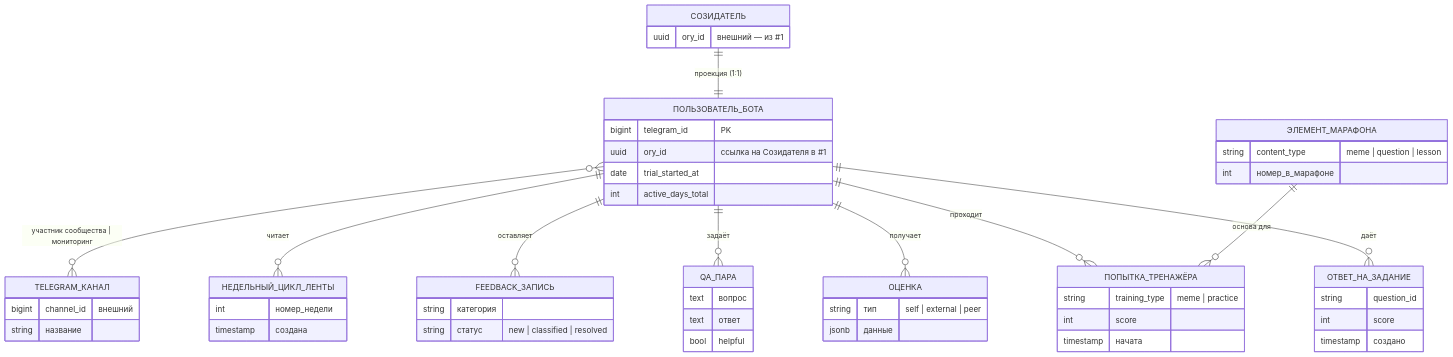
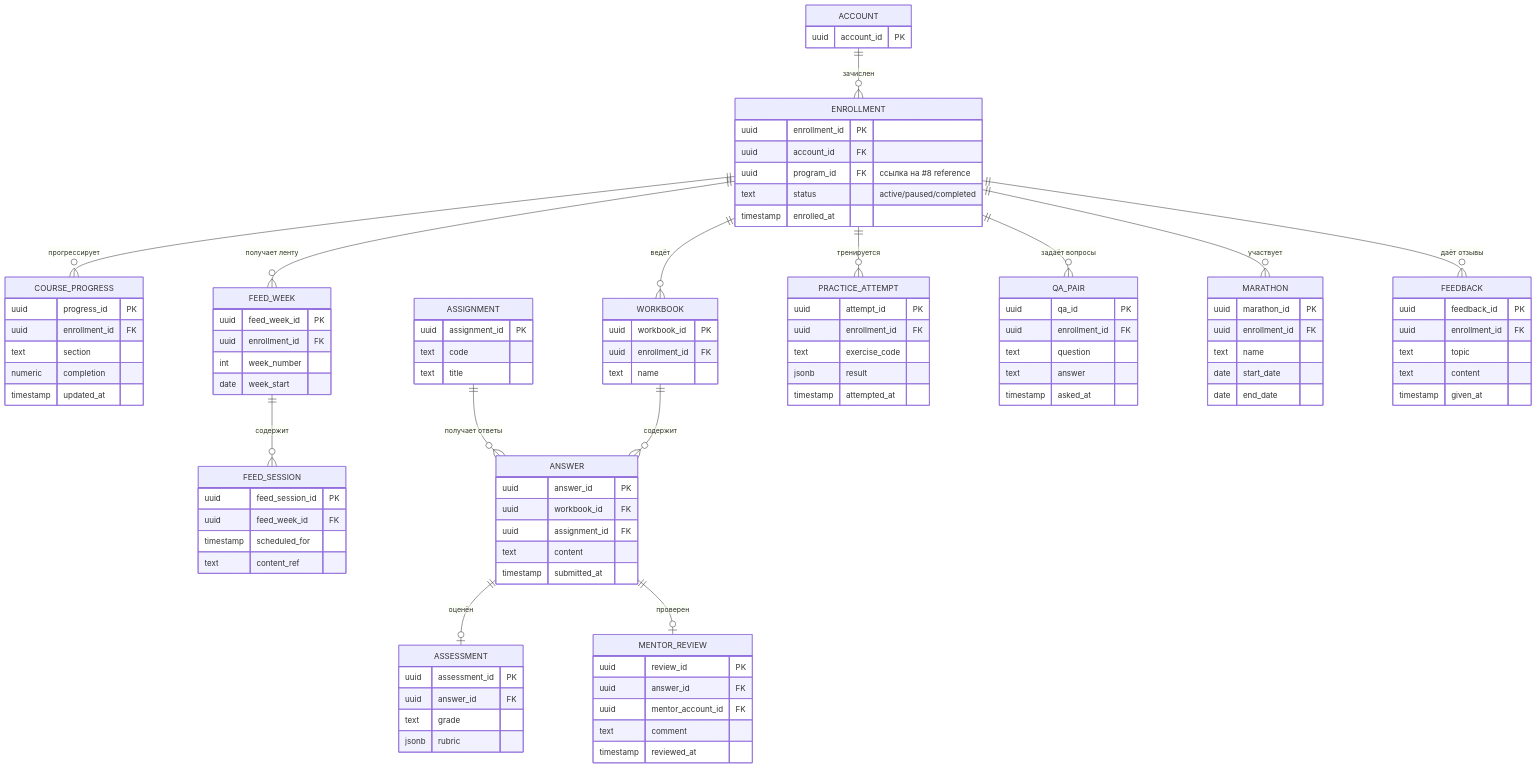
Before and after one commit to TserenTserenov/PACK-digital-platform: the seventh of 17 diagrams in pack/digital-platform/02-domain-entities/DP.ARCH.004-neon-data-architecture.md, drawn with Mermaid. The commit also changed other lines of this file and 29 other files, not shown here.

````diff
--- a/pack/digital-platform/02-domain-entities/DP.ARCH.004-neon-data-architecture.md
+++ b/pack/digital-platform/02-domain-entities/DP.ARCH.004-neon-data-architecture.md
@@ -604,57 +614,104 @@
 ```mermaid
 erDiagram
-    СОЗИДАТЕЛЬ ||--|| ПОЛЬЗОВАТЕЛЬ_БОТА : "проекция (1:1)"
-    ПОЛЬЗОВАТЕЛЬ_БОТА ||--o{ ОТВЕТ_НА_ЗАДАНИЕ : "даёт"
-    ПОЛЬЗОВАТЕЛЬ_БОТА ||--o{ ОЦЕНКА : "получает"
-    ПОЛЬЗОВАТЕЛЬ_БОТА ||--o{ ПОПЫТКА_ТРЕНАЖЁРА : "проходит"
-    ПОЛЬЗОВАТЕЛЬ_БОТА ||--o{ QA_ПАРА : "задаёт"
-    ПОЛЬЗОВАТЕЛЬ_БОТА ||--o{ FEEDBACK_ЗАПИСЬ : "оставляет"
-    ПОЛЬЗОВАТЕЛЬ_БОТА ||--o{ НЕДЕЛЬНЫЙ_ЦИКЛ_ЛЕНТЫ : "читает"
-    ПОЛЬЗОВАТЕЛЬ_БОТА }o--o{ TELEGRAM_КАНАЛ : "участник сообщества | мониторинг"
-    ЭЛЕМЕНТ_МАРАФОНА ||--o{ ПОПЫТКА_ТРЕНАЖЁРА : "основа для"
+    ACCOUNT ||--o{ ENROLLMENT : "зачислен"
+    ENROLLMENT ||--o{ COURSE_PROGRESS : "прогрессирует"
+    ENROLLMENT ||--o{ FEED_WEEK : "получает ленту"
+    FEED_WEEK ||--o{ FEED_SESSION : "содержит"
+    ENROLLMENT ||--o{ WORKBOOK : "ведёт"
+    ASSIGNMENT ||--o{ ANSWER : "получает ответы"
+    WORKBOOK ||--o{ ANSWER : "содержит"
+    ANSWER ||--o| ASSESSMENT : "оценён"
+    ANSWER ||--o| MENTOR_REVIEW : "проверен"
+    ENROLLMENT ||--o{ PRACTICE_ATTEMPT : "тренируется"
+    ENROLLMENT ||--o{ QA_PAIR : "задаёт вопросы"
+    ENROLLMENT ||--o{ MARATHON : "участвует"
+    ENROLLMENT ||--o{ FEEDBACK : "даёт отзывы"
 
-    ПОЛЬЗОВАТЕЛЬ_БОТА {
-        bigint telegram_id "PK"
-        uuid ory_id "ссылка на Созидателя в #1"
-        date trial_started_at
-        int active_days_total
+    ENROLLMENT {
+        uuid enrollment_id PK
+        uuid account_id FK
+        uuid program_id FK "ссылка на #8 reference"
+        text status "active/paused/completed"
+        timestamp enrolled_at
     }
-    ОТВЕТ_НА_ЗАДАНИЕ {
-        string question_id
-        int score
-        timestamp создано
+    COURSE_PROGRESS {
+        uuid progress_id PK
+        uuid enrollment_id FK
+        text section
+        numeric completion
+        timestamp updated_at
     }
-    ОЦЕНКА {
-        string тип "self | external | peer"
-        jsonb данные
+    WORKBOOK {
+        uuid workbook_id PK
+        uuid enrollment_id FK
+        text name
     }
-    ПОПЫТКА_ТРЕНАЖЁРА {
-        string training_type "meme | practice"
-        int score
-        timestamp начата
+    ASSIGNMENT {
+        uuid assignment_id PK
+        text code
+        text title
     }
-    ЭЛЕМЕНТ_МАРАФОНА {
-        string content_type "meme | question | lesson"
-        int номер_в_марафоне
+    ANSWER {
+        uuid answer_id PK
+        uuid workbook_id FK
+        uuid assignment_id FK
+        text content
+        timestamp submitted_at
     }
-    QA_ПАРА {
-        text вопрос
-        text ответ
-        bool helpful
+    ASSESSMENT {
+        uuid assessment_id PK
+        uuid answer_id FK
+        text grade
+        jsonb rubric
     }
-    FEEDBACK_ЗАПИСЬ {
-        string категория
-        string статус "new | classified | resolved"
+    MENTOR_REVIEW {
+        uuid review_id PK
+        uuid answer_id FK
+        uuid mentor_account_id FK
+        text comment
+        timestamp reviewed_at
     }
-    НЕДЕЛЬНЫЙ_ЦИКЛ_ЛЕНТЫ {
-        int номер_недели
-        timestamp создана
+    PRACTICE_ATTEMPT {
+        uuid attempt_id PK
+        uuid enrollment_id FK
+        text exercise_code
+        jsonb result
+        timestamp attempted_at
     }
-    TELEGRAM_КАНАЛ {
-        bigint channel_id "внешний"
-        string название
+    QA_PAIR {
+        uuid qa_id PK
+        uuid enrollment_id FK
+        text question
+        text answer
+        timestamp asked_at
     }
-    СОЗИДАТЕЛЬ {
-        uuid ory_id "внешний — из #1"
+    MARATHON {
+        uuid marathon_id PK
+        uuid enrollment_id FK
+        text name
+        date start_date
+        date end_date
+    }
+    FEEDBACK {
+        uuid feedback_id PK
+        uuid enrollment_id FK
+        text topic
+        text content
+        timestamp given_at
+    }
+    FEED_WEEK {
+        uuid feed_week_id PK
+        uuid enrollment_id FK
+        int week_number
+        date week_start
+    }
+    FEED_SESSION {
+        uuid feed_session_id PK
+        uuid feed_week_id FK
+        timestamp scheduled_for
+        text content_ref
+    }
+    ACCOUNT {
+        uuid account_id PK
     }
 ```
````
